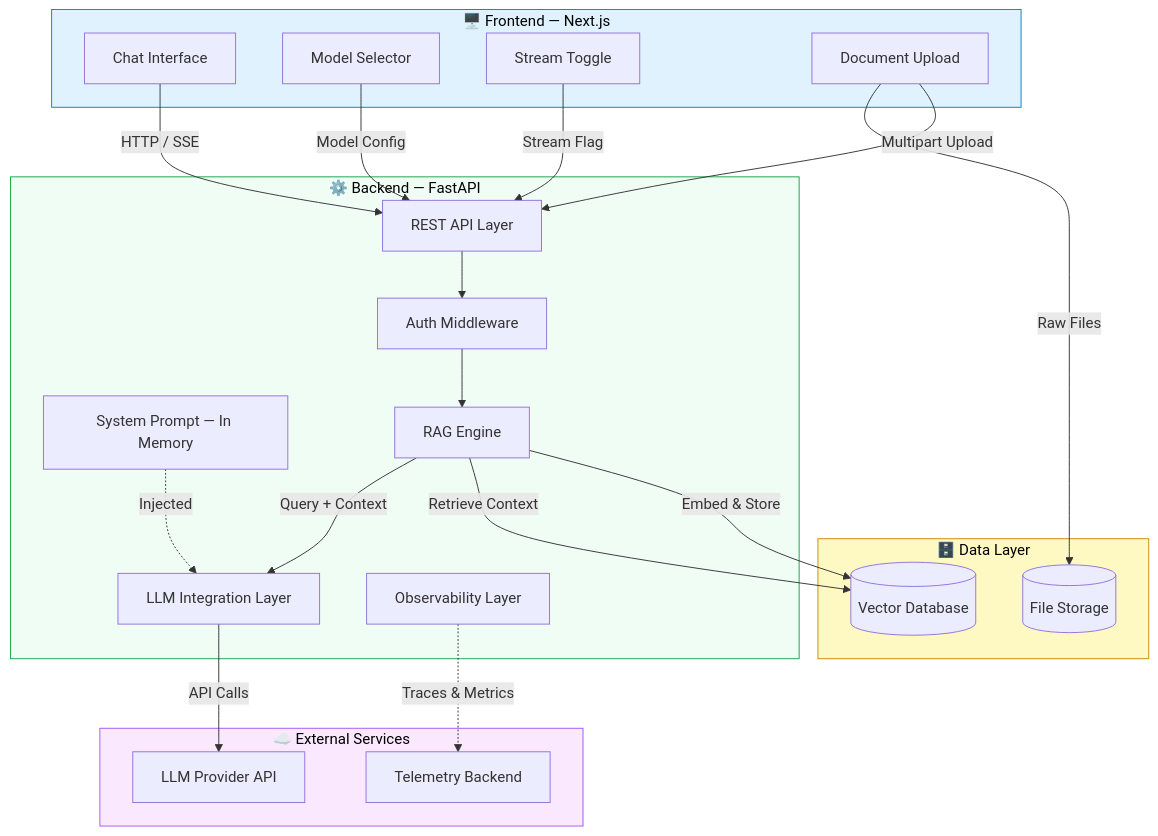
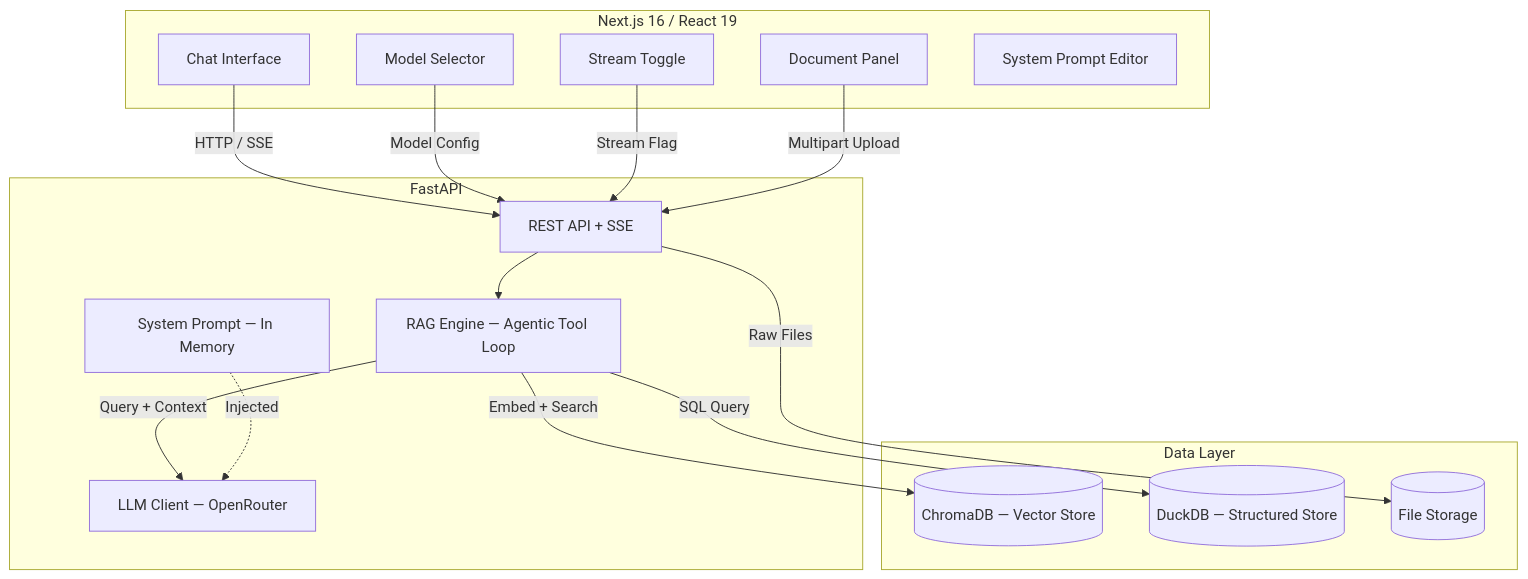
Before and after one commit to akashmugu/levers-fullstack-ai-task: the diagram in README.md, drawn with Mermaid. The commit also changed other lines of this file and 3 other files, not shown here.

````diff
--- a/README.md
+++ b/README.md
@@ -80,48 +7,35 @@
 ```mermaid
 graph TB
-    subgraph Client["🖥️ Frontend — Next.js"]
+    subgraph Frontend["Next.js 16 / React 19"]
         UI[Chat Interface]
         MS[Model Selector]
         ST[Stream Toggle]
-        DU[Document Upload]
+        DP[Document Panel]
+        SPE[System Prompt Editor]
     end
 
-    subgraph Server["⚙️ Backend — FastAPI"]
-        API[REST API Layer]
+    subgraph Backend["FastAPI"]
+        API[REST API + SSE]
         SP[System Prompt — In Memory]
-        RAG[RAG Engine]
-        LLM[LLM Integration Layer]
-        AUTH[Auth Middleware]
-        OBS[Observability Layer]
+        RAG[RAG Engine — Agentic Tool Loop]
+        LLM[LLM Client — OpenRouter]
     end
 
-    subgraph Storage["🗄️ Data Layer"]
-        VDB[(Vector Database)]
+    subgraph Storage["Data Layer"]
+        VDB[(ChromaDB — Vector Store)]
+        DDB[(DuckDB — Structured Store)]
         FS[(File Storage)]
-    end
-
-    subgraph External["☁️ External Services"]
-        LLM_API[LLM Provider API]
-        TEL[Telemetry Backend]
     end
 
     UI -->|HTTP / SSE| API
     MS -->|Model Config| API
     ST -->|Stream Flag| API
-    DU -->|Multipart Upload| API
+    DP -->|Multipart Upload| API
 
-    API --> AUTH
-    AUTH --> RAG
-    RAG -->|Embed & Store| VDB
-    RAG -->|Retrieve Context| VDB
+    API --> RAG
+    RAG -->|Embed + Search| VDB
+    RAG -->|SQL Query| DDB
     RAG -->|Query + Context| LLM
-    LLM -->|API Calls| LLM_API
     SP -.->|Injected| LLM
-    DU -->|Raw Files| FS
-    OBS -.->|Traces & Metrics| TEL
-
-    style Client fill:#e0f2fe,stroke:#0284c7,color:#000
-    style Server fill:#f0fdf4,stroke:#16a34a,color:#000
-    style Storage fill:#fef9c3,stroke:#ca8a04,color:#000
-    style External fill:#fae8ff,stroke:#a855f7,color:#000
+    API -->|Raw Files| FS
 ```
````
